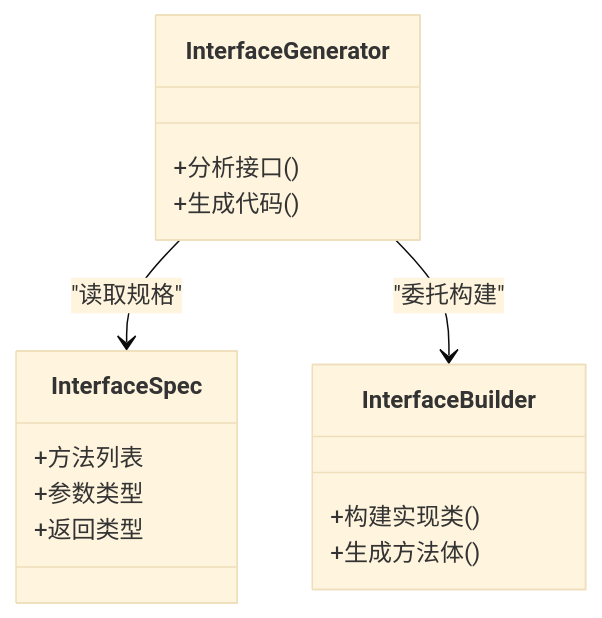
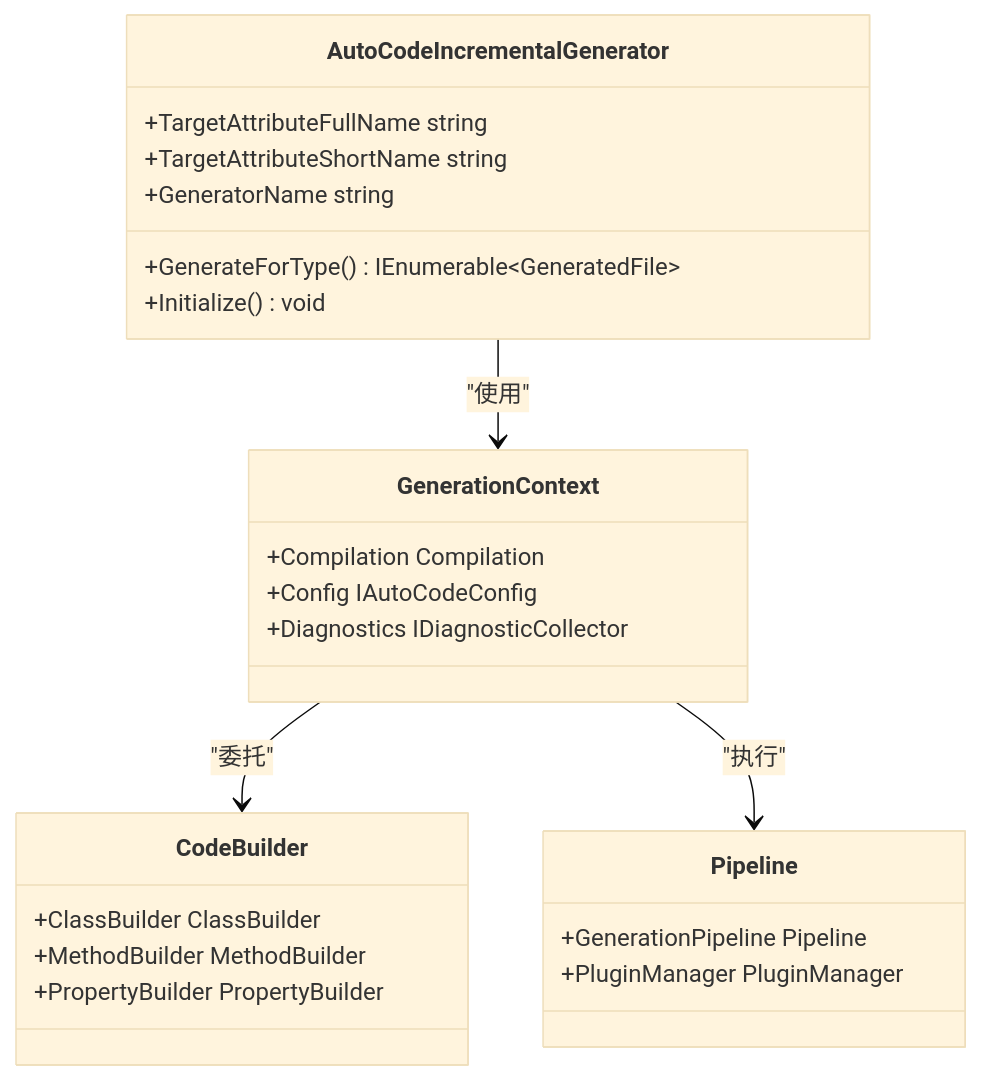
The third of 7 diagrams in .qoder/repowiki/zh/content/项目概述.md (alivy/AutoCode), drawn with Mermaid (base theme) before and after one commit. The commit also changed other lines of this file and 279 other files, not shown here.

````diff
--- a/.qoder/repowiki/zh/content/项目概述.md
+++ b/.qoder/repowiki/zh/content/项目概述.md
@@ -233,18 +164,27 @@
 ```mermaid
 classDiagram
-class InterfaceSpec {
-+方法列表
-+参数类型
-+返回类型
+class AutoCodeIncrementalGenerator {
++TargetAttributeFullName string
++TargetAttributeShortName string
++GeneratorName string
++GenerateForType() IEnumerable~GeneratedFile~
++Initialize() void
 }
-class InterfaceBuilder {
-+构建实现类()
-+生成方法体()
+class GenerationContext {
++Compilation Compilation
++Config IAutoCodeConfig
++Diagnostics IDiagnosticCollector
 }
-class InterfaceGenerator {
-+分析接口()
-+生成代码()
+class CodeBuilder {
++ClassBuilder ClassBuilder
++MethodBuilder MethodBuilder
++PropertyBuilder PropertyBuilder
 }
-InterfaceGenerator --> InterfaceSpec : "读取规格"
-InterfaceGenerator --> InterfaceBuilder : "委托构建"
+class Pipeline {
++GenerationPipeline Pipeline
++PluginManager PluginManager
+}
+AutoCodeIncrementalGenerator --> GenerationContext : "使用"
+GenerationContext --> CodeBuilder : "委托"
+GenerationContext --> Pipeline : "执行"
 ```
````
